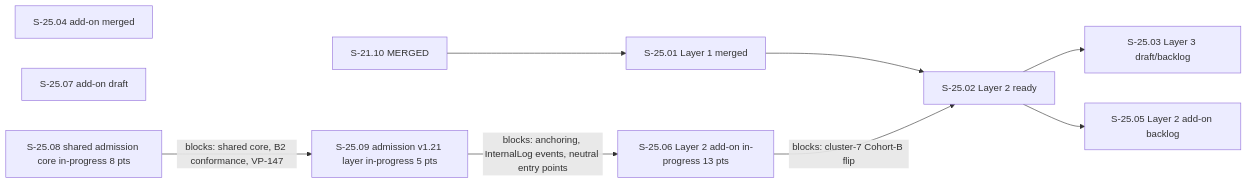
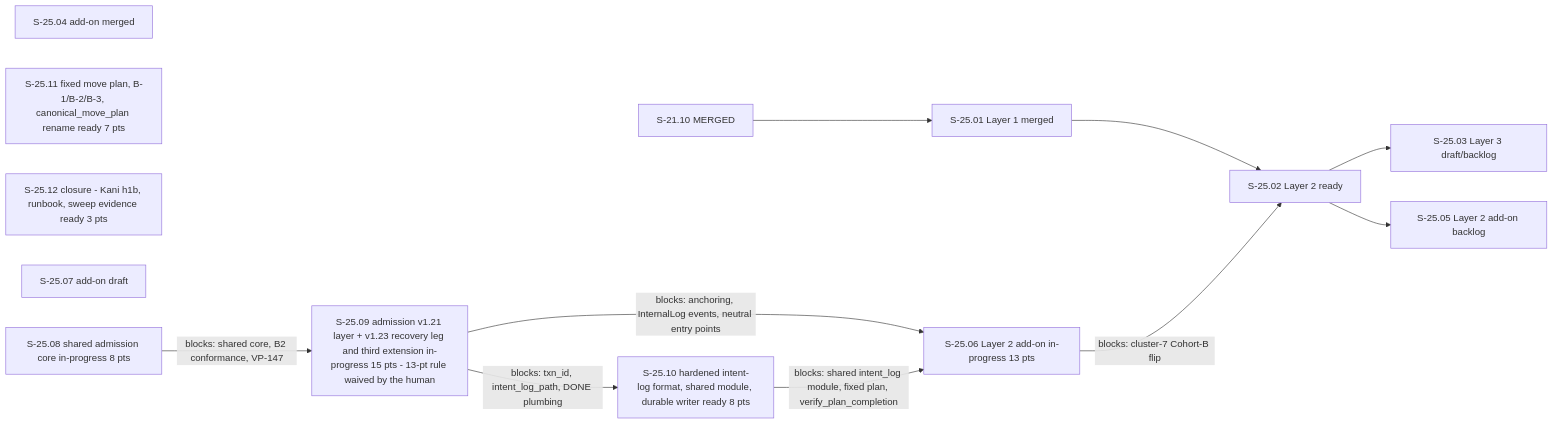
One commit to BOHICA-LABS/vsdd-factory changed the diagram in stories/epics/E-25-validation-integrity.md. Above: the diagram before and after it, drawn with Mermaid. The commit also changed other lines of this file and 37 other files, not shown here.

First line of the commit message:
factory(state): HUMAN-DECISIONS-ADR054-HARDENED-INTENT-LOG-S2510-S2511-S2512-REGISTRATION v10.87->v10.88 D-1254

````diff
--- a/stories/epics/E-25-validation-integrity.md
+++ b/stories/epics/E-25-validation-integrity.md
@@ -208,21 +224,26 @@
 ```mermaid
 graph LR
   S21_10[S-21.10 MERGED]
   S25_01[S-25.01 Layer 1 merged]
   S25_02[S-25.02 Layer 2 ready]
   S25_03[S-25.03 Layer 3 draft/backlog]
   S25_04[S-25.04 add-on merged]
   S25_05[S-25.05 Layer 2 add-on backlog]
   S25_06[S-25.06 Layer 2 add-on in-progress 13 pts]
+  S25_10[S-25.10 hardened intent-log format, shared module, durable writer ready 8 pts]
+  S25_11[S-25.11 fixed move plan, B-1/B-2/B-3, canonical_move_plan rename ready 7 pts]
+  S25_12[S-25.12 closure - Kani h1b, runbook, sweep evidence ready 3 pts]
   S25_07[S-25.07 add-on draft]
   S25_08[S-25.08 shared admission core in-progress 8 pts]
-  S25_09[S-25.09 admission v1.21 layer in-progress 5 pts]
+  S25_09[S-25.09 admission v1.21 layer + v1.23 recovery leg and third extension in-progress 15 pts - 13-pt rule waived by the human]
 
   S21_10 --> S25_01
   S25_01 --> S25_02
   S25_08 -->|blocks: shared core, B2 conformance, VP-147| S25_09
   S25_09 -->|blocks: anchoring, InternalLog events, neutral entry points| S25_06
+  S25_09 -->|blocks: txn_id, intent_log_path, DONE plumbing| S25_10
+  S25_10 -->|blocks: shared intent_log module, fixed plan, verify_plan_completion| S25_06
   S25_06 -->|blocks: cluster-7 Cohort-B flip| S25_02
   S25_02 --> S25_03
   S25_02 --> S25_05
 ```
````
